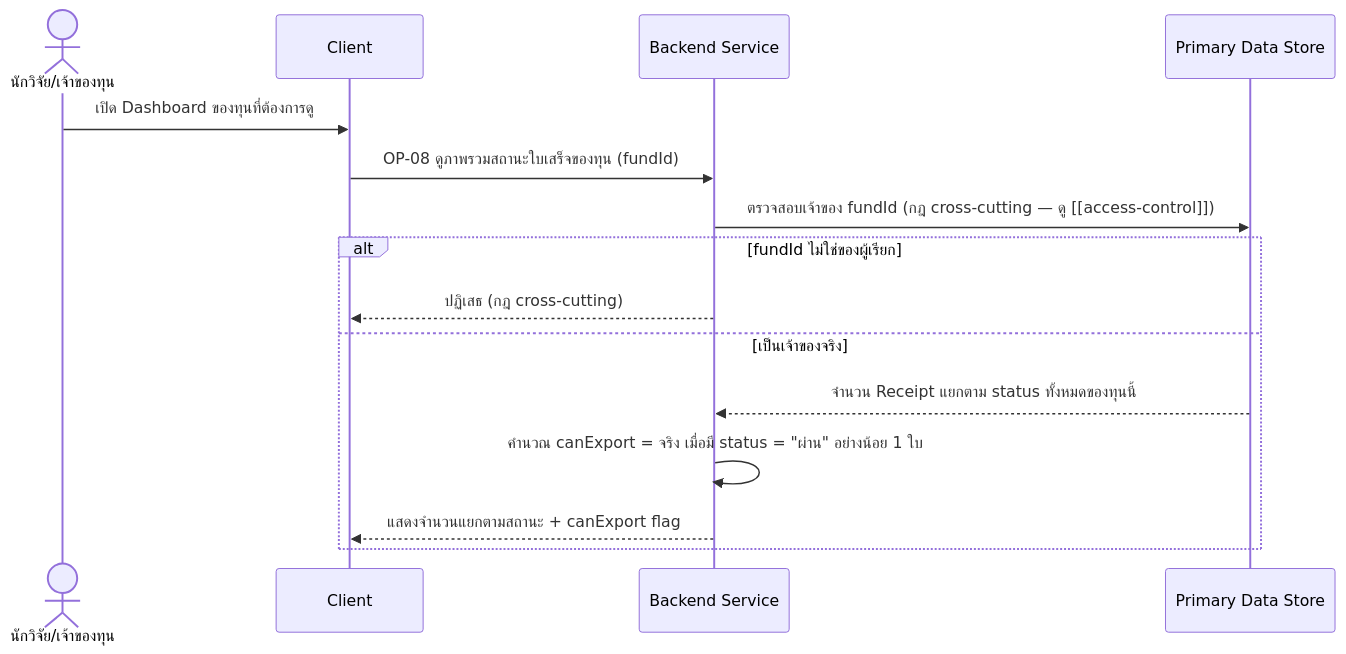
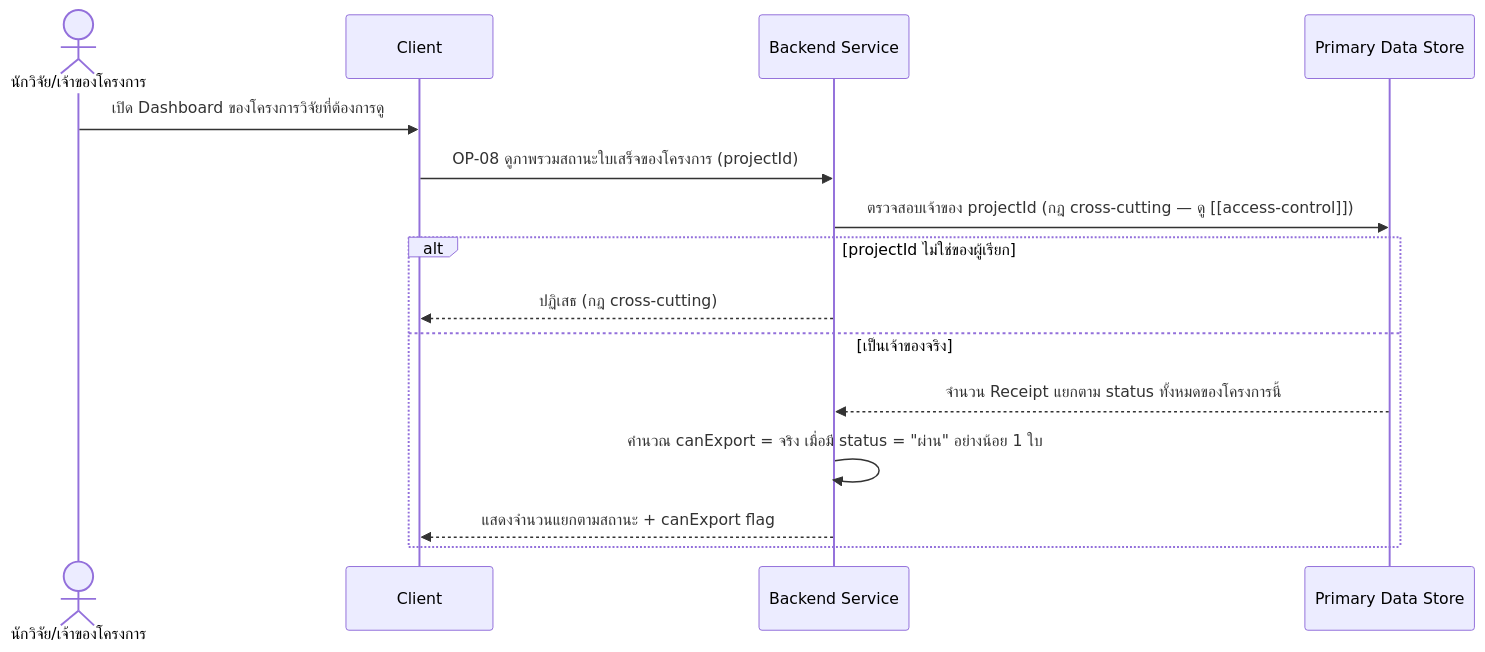
One commit to ptrsswnr/Grant-Receipt-Assistant changed the diagram in docs/02-design/02-technical/detailed-design/fund-dashboard.md. Above: the diagram before and after it, drawn with Mermaid. The commit also changed other lines of this file and 18 other files, not shown here.

First line of the commit message:
Cascade FundSource/Project split through technical design

````diff
--- a/docs/02-design/02-technical/detailed-design/fund-dashboard.md
+++ b/docs/02-design/02-technical/detailed-design/fund-dashboard.md
@@ -23,18 +32,18 @@
 ```mermaid
 sequenceDiagram
-    actor R as นักวิจัย/เจ้าของทุน
+    actor R as นักวิจัย/เจ้าของโครงการ
     participant C as Client
     participant B as Backend Service
     participant DS as Primary Data Store
 
-    R->>C: เปิด Dashboard ของทุนที่ต้องการดู
-    C->>B: OP-08 ดูภาพรวมสถานะใบเสร็จของทุน (fundId)
-    B->>DS: ตรวจสอบเจ้าของ fundId (กฎ cross-cutting — ดู [[access-control]])
-    alt fundId ไม่ใช่ของผู้เรียก
+    R->>C: เปิด Dashboard ของโครงการวิจัยที่ต้องการดู
+    C->>B: OP-08 ดูภาพรวมสถานะใบเสร็จของโครงการ (projectId)
+    B->>DS: ตรวจสอบเจ้าของ projectId (กฎ cross-cutting — ดู [[access-control]])
+    alt projectId ไม่ใช่ของผู้เรียก
         B-->>C: ปฏิเสธ (กฎ cross-cutting)
     else เป็นเจ้าของจริง
-        DS-->>B: จำนวน Receipt แยกตาม status ทั้งหมดของทุนนี้
+        DS-->>B: จำนวน Receipt แยกตาม status ทั้งหมดของโครงการนี้
         B->>B: คำนวณ canExport = จริง เมื่อมี status = "ผ่าน" อย่างน้อย 1 ใบ
         B-->>C: แสดงจำนวนแยกตามสถานะ + canExport flag
     end
 ```
````
